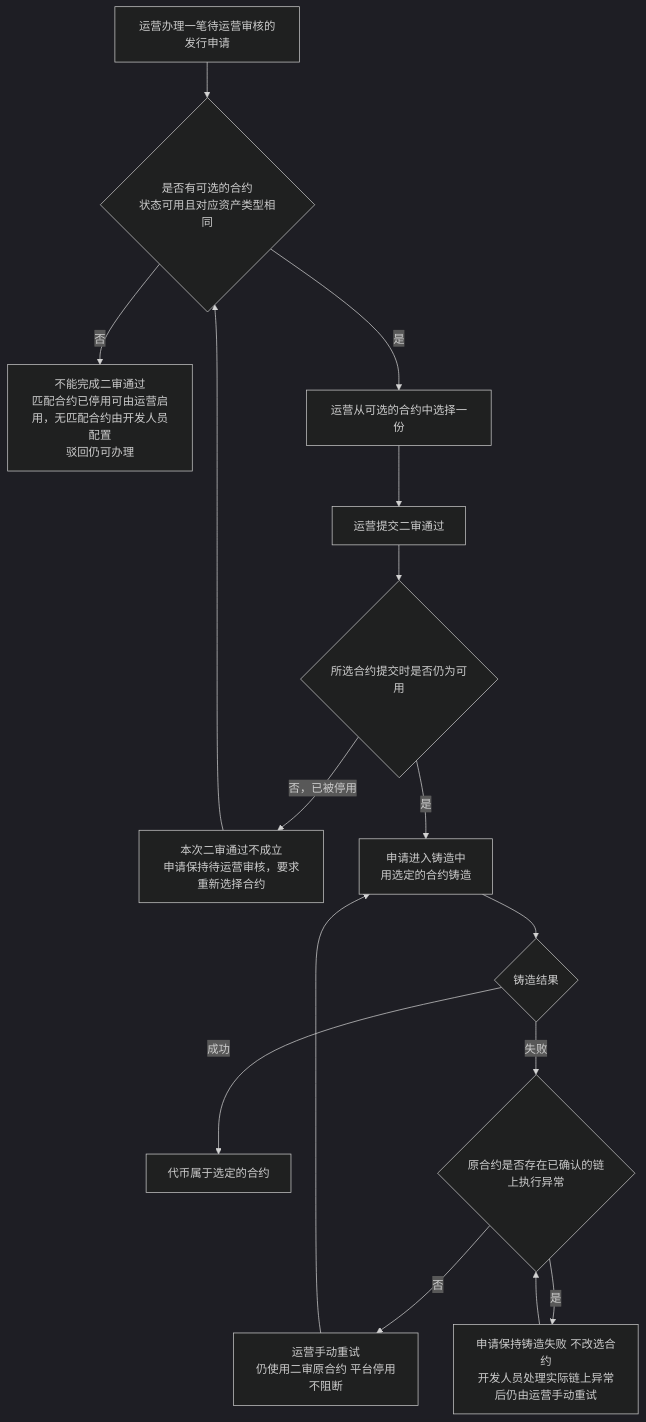
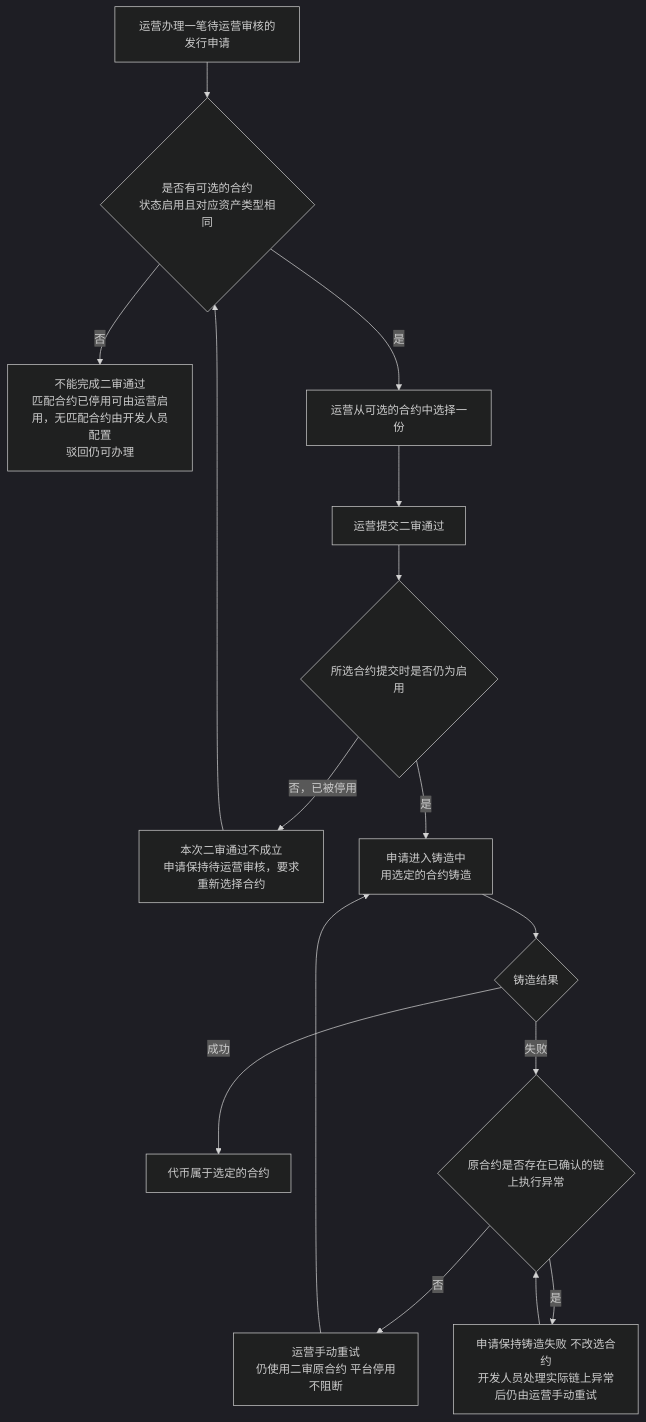
The second of 4 diagrams in token-issuance-platform/PRD/管理端/M6-合约管理/02-合约管理-流程图与状态机.md (wxblockchain/Chain-Financing), drawn with Mermaid (dark theme) before and after one commit. The commit also changed other lines of this file and 4 other files, not shown here.

````diff
--- a/token-issuance-platform/PRD/管理端/M6-合约管理/02-合约管理-流程图与状态机.md
+++ b/token-issuance-platform/PRD/管理端/M6-合约管理/02-合约管理-流程图与状态机.md
@@ -38,18 +38,18 @@
 ```mermaid
 flowchart TD
-    A[运营办理一笔待运营审核的发行申请] --> B{是否有可选的合约<br/>状态可用且对应资产类型相同}
+    A[运营办理一笔待运营审核的发行申请] --> B{是否有可选的合约<br/>状态启用且对应资产类型相同}
     B -->|否| B1[不能完成二审通过<br/>匹配合约已停用可由运营启用，无匹配合约由开发人员配置<br/>驳回仍可办理]
     B -->|是| C[运营从可选的合约中选择一份]
     C --> D[运营提交二审通过]
-    D --> E{所选合约提交时是否仍为可用}
+    D --> E{所选合约提交时是否仍为启用}
     E -->|否，已被停用| E1[本次二审通过不成立<br/>申请保持待运营审核，要求重新选择合约]
     E1 --> B
     E -->|是| F[申请进入铸造中<br/>用选定的合约铸造]
     F --> G{铸造结果}
     G -->|成功| H[代币属于选定的合约]
     G -->|失败| I{原合约是否存在已确认的链上执行异常}
     I -->|否| J[运营手动重试<br/>仍使用二审原合约 平台停用不阻断]
     J --> F
     I -->|是| K[申请保持铸造失败 不改选合约<br/>开发人员处理实际链上异常后仍由运营手动重试]
     K --> I
 ```
````
